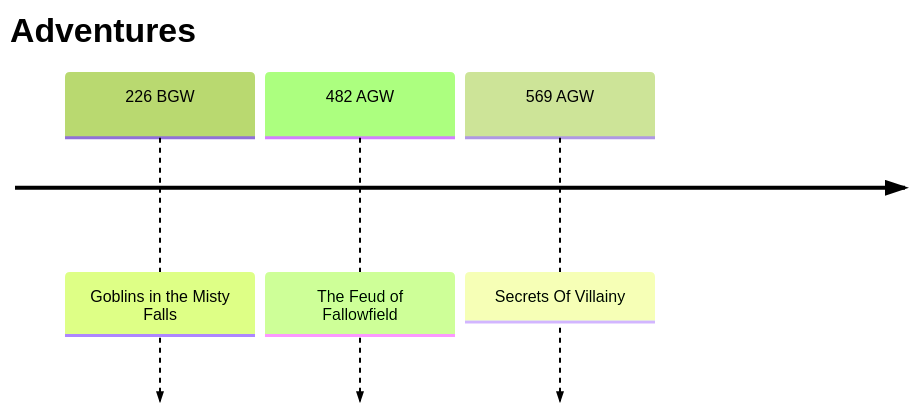
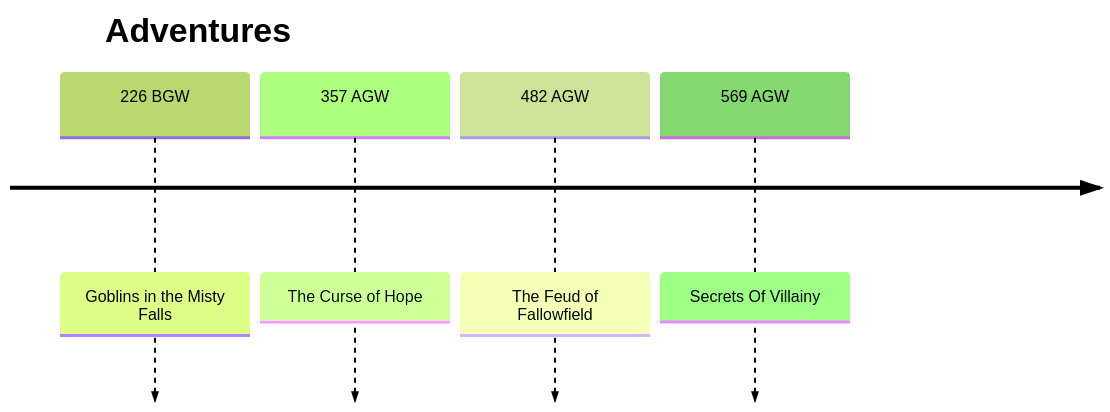
One commit to KrakenIsHere/The-Vineheart-Realm changed the fourth of 4 diagrams in 0. World/The Timelines.md. Above: the diagram before and after it, drawn with Mermaid. The commit also changed 31 other files, not shown here.

````diff
--- a/0. World/The Timelines.md
+++ b/0. World/The Timelines.md
@@ -51,9 +51,10 @@
 ```mermaid
 %%{init: {'theme':'forest'}}%%
 timeline
     title Adventures
 
 	226 BGW : Goblins in the Misty Falls
+	357 AGW : The Curse of Hope
     482 AGW : The Feud of Fallowfield
     569 AGW : Secrets Of Villainy
 ```
````
